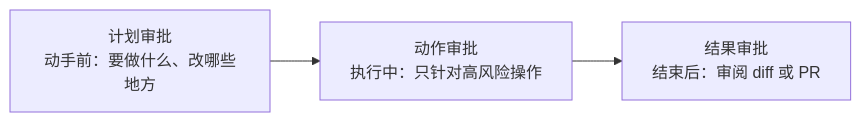
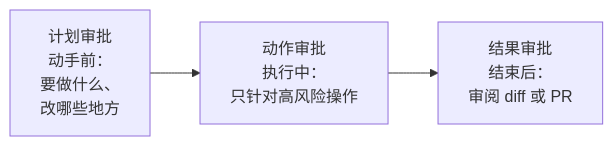
The diagram in books/agent-safety/05-human-in-the-loop.md (jarvis-pro/hatch-shelf), drawn with Mermaid before and after one commit. The commit also changed 432 other files, not shown here.

````diff
--- a/books/agent-safety/05-human-in-the-loop.md
+++ b/books/agent-safety/05-human-in-the-loop.md
@@ -188,5 +188,5 @@
 ```mermaid
 flowchart LR
-  P["计划审批<br/>动手前：要做什么、改哪些地方"] --> A["动作审批<br/>执行中：只针对高风险操作"]
-  A --> R["结果审批<br/>结束后：审阅 diff 或 PR"]
+  P["计划审批<br/>动手前：<br/>要做什么、<br/>改哪些地方"] --> A["动作审批<br/>执行中：<br/>只针对高风险操作"]
+  A --> R["结果审批<br/>结束后：<br/>审阅 diff 或 PR"]
 ```
````
